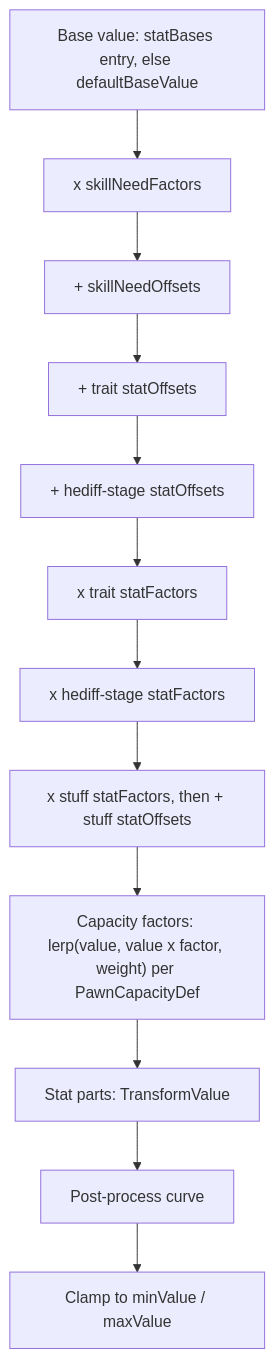
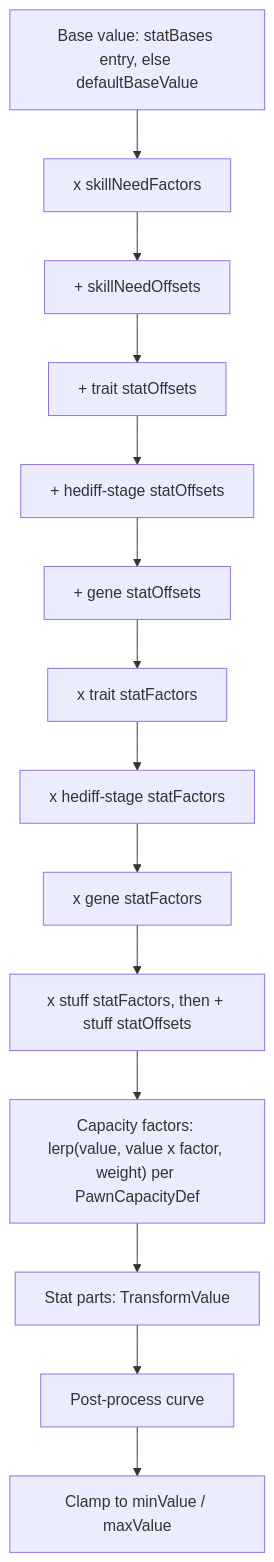
Before and after one commit to m2windham/simWorld: the third of 14 diagrams in docs/spec/simworld-spec.md, drawn with Mermaid. The commit also changed other lines of this file and 27 other files, not shown here.

````diff
--- a/docs/spec/simworld-spec.md
+++ b/docs/spec/simworld-spec.md
@@ -178,14 +180,16 @@
 ```mermaid
 flowchart TD
   Base["Base value: statBases entry, else defaultBaseValue"] --> SkillFac["x skillNeedFactors"]
   SkillFac --> SkillOff["+ skillNeedOffsets"]
   SkillOff --> Off1["+ trait statOffsets"]
   Off1 --> Off2["+ hediff-stage statOffsets"]
-  Off2 --> Fac1["x trait statFactors"]
+  Off2 --> Off3["+ gene statOffsets"]
+  Off3 --> Fac1["x trait statFactors"]
   Fac1 --> Fac2["x hediff-stage statFactors"]
-  Fac2 --> Stuff["x stuff statFactors, then + stuff statOffsets"]
+  Fac2 --> Fac3["x gene statFactors"]
+  Fac3 --> Stuff["x stuff statFactors, then + stuff statOffsets"]
   Stuff --> Cap["Capacity factors: lerp(value, value x factor, weight) per PawnCapacityDef"]
   Cap --> Parts["Stat parts: TransformValue"]
   Parts --> Curve["Post-process curve"]
   Curve --> Clamp["Clamp to minValue / maxValue"]
 ```
````
